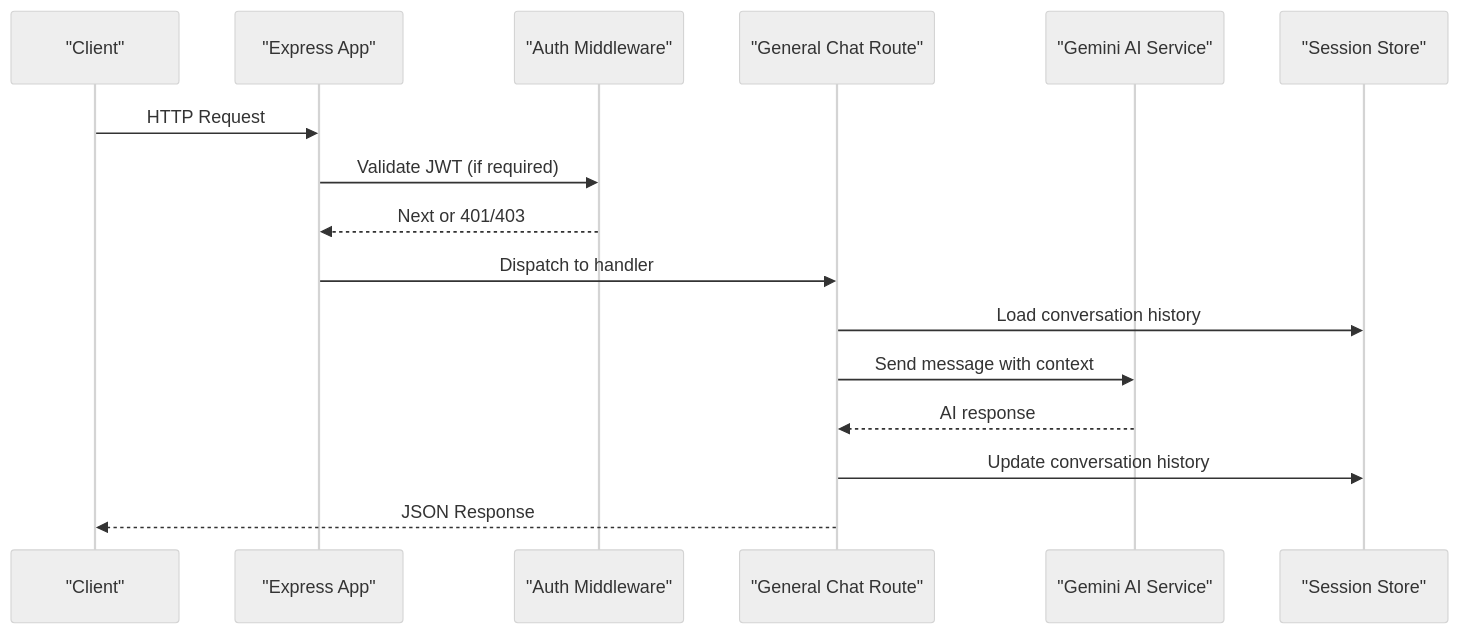
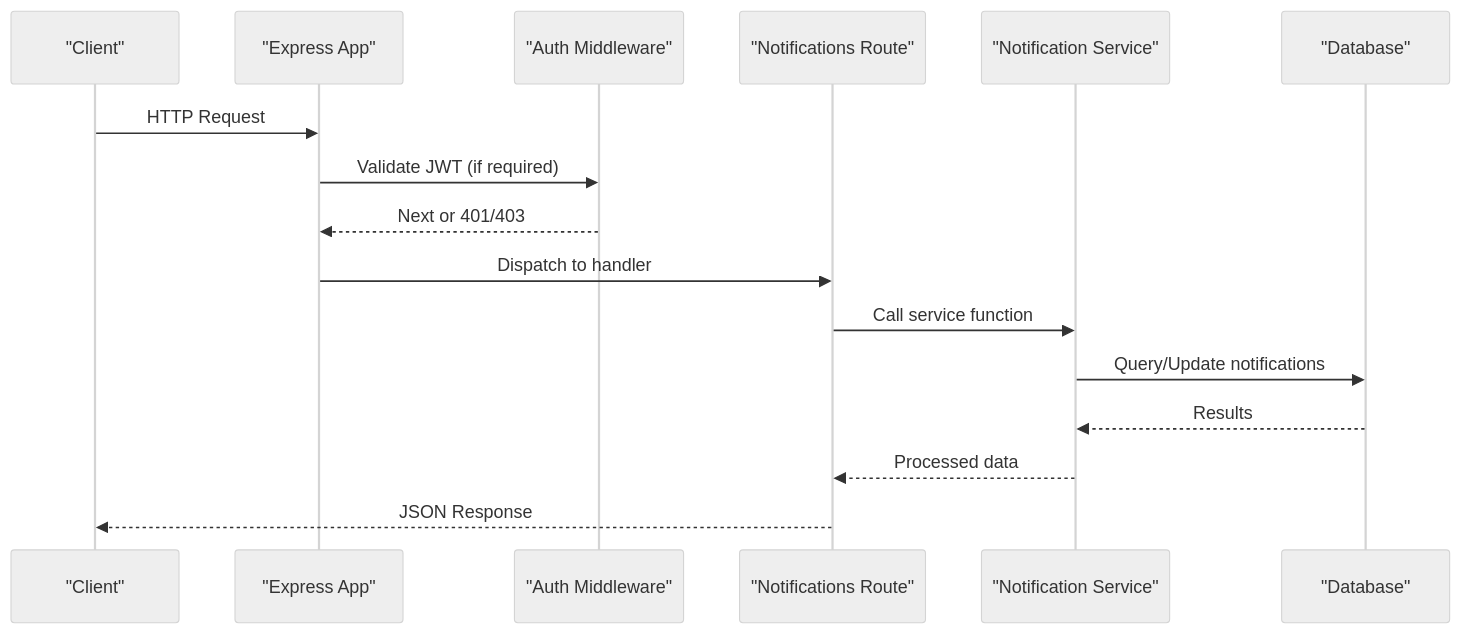
Before and after one commit to NaveenHiranya/Smart-Vehicle-Insurance-Claim-System: the second of 3 diagrams in .qoder/repowiki/en/content/Backend Documentation/API Endpoints Reference/API Endpoints Reference.md, drawn with Mermaid (neutral theme). The commit also changed other lines of this file and 46 other files, not shown here.

````diff
--- a/.qoder/repowiki/en/content/Backend Documentation/API Endpoints Reference/API Endpoints Reference.md
+++ b/.qoder/repowiki/en/content/Backend Documentation/API Endpoints Reference/API Endpoints Reference.md
@@ -91,18 +98,18 @@
 ```mermaid
 sequenceDiagram
 participant Client as "Client"
 participant App as "Express App"
 participant AuthMW as "Auth Middleware"
-participant ChatRoute as "General Chat Route"
-participant Gemini as "Gemini AI Service"
-participant Session as "Session Store"
+participant NotifRoute as "Notifications Route"
+participant NotifService as "Notification Service"
+participant DB as "Database"
 Client->>App : HTTP Request
 App->>AuthMW : Validate JWT (if required)
 AuthMW-->>App : Next or 401/403
-App->>ChatRoute : Dispatch to handler
-ChatRoute->>Session : Load conversation history
-ChatRoute->>Gemini : Send message with context
-Gemini-->>ChatRoute : AI response
-ChatRoute->>Session : Update conversation history
-ChatRoute-->>Client : JSON Response
+App->>NotifRoute : Dispatch to handler
+NotifRoute->>NotifService : Call service function
+NotifService->>DB : Query/Update notifications
+DB-->>NotifService : Results
+NotifService-->>NotifRoute : Processed data
+NotifRoute-->>Client : JSON Response
 ```
````
